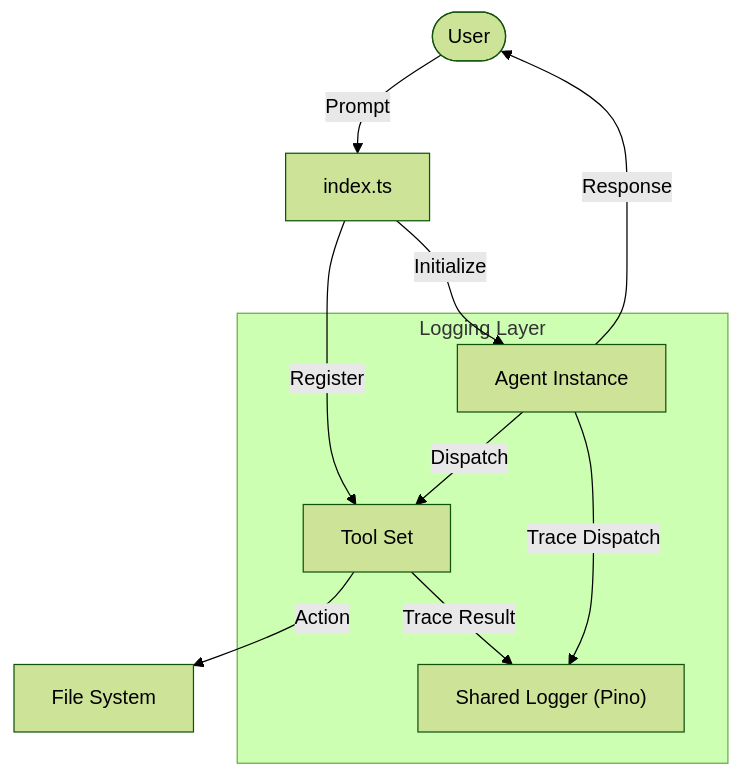
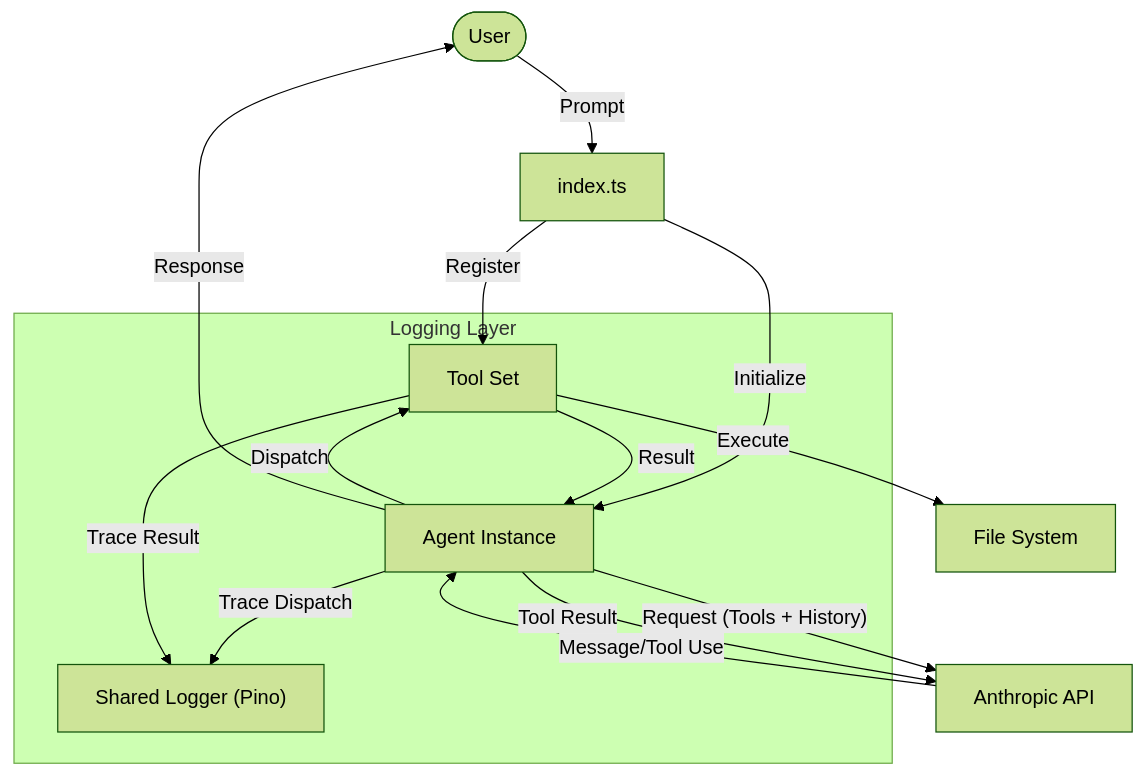
Before and after one commit to maddygoround/build-your-own-coding-agent: the fourth of 4 diagrams in README.md, drawn with Mermaid (forest theme). The commit also changed other lines of this file and 2 other files, not shown here.

Commit message:
docs: Update architectural diagrams to detail agent-based tool dispatch and API communication.

````diff
--- a/README.md
+++ b/README.md
@@ -62,14 +67,18 @@
 ```mermaid
 graph TD
     User([User]) -- "Prompt" --> Runner[index.ts]
     Runner -- "Register" --> Tools[Tool Set]
     Runner -- "Initialize" --> Agent[Agent Instance]
+    Agent -- "Request (Tools + History)" --> API[Anthropic API]
+    API -- "Message/Tool Use" --> Agent
     Agent -- "Dispatch" --> Tools
-    Tools -- "Action" --> FS[File System]
+    Tools -- "Execute" --> FS[File System]
+    Tools -- "Result" --> Agent
+    Agent -- "Tool Result" --> API
     Agent -- "Response" --> User
-    
+
     subgraph Logging Layer
         Agent -- "Trace Dispatch" --> Logger["Shared Logger (Pino)"]
         Tools -- "Trace Result" --> Logger
     end
 ```
````
